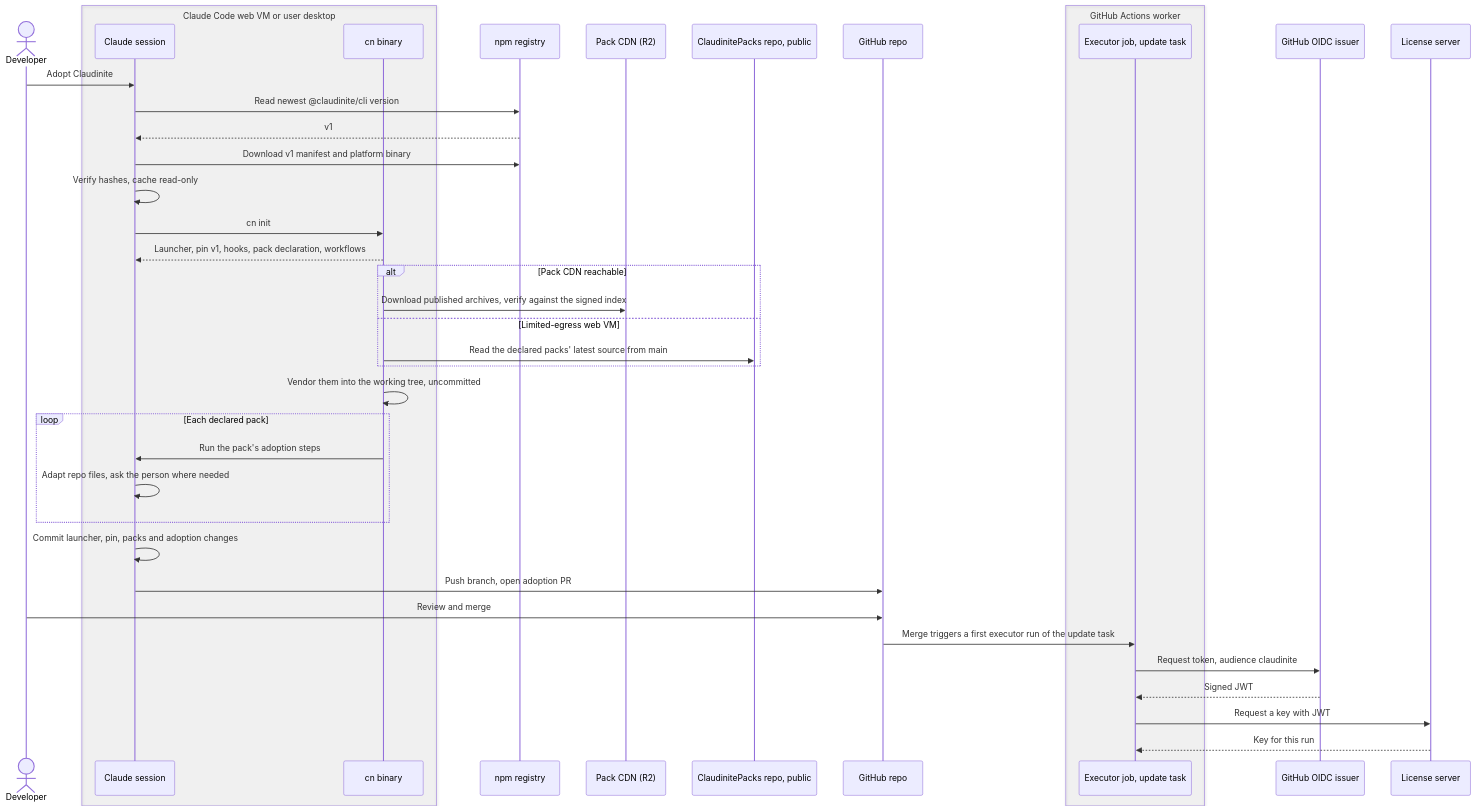
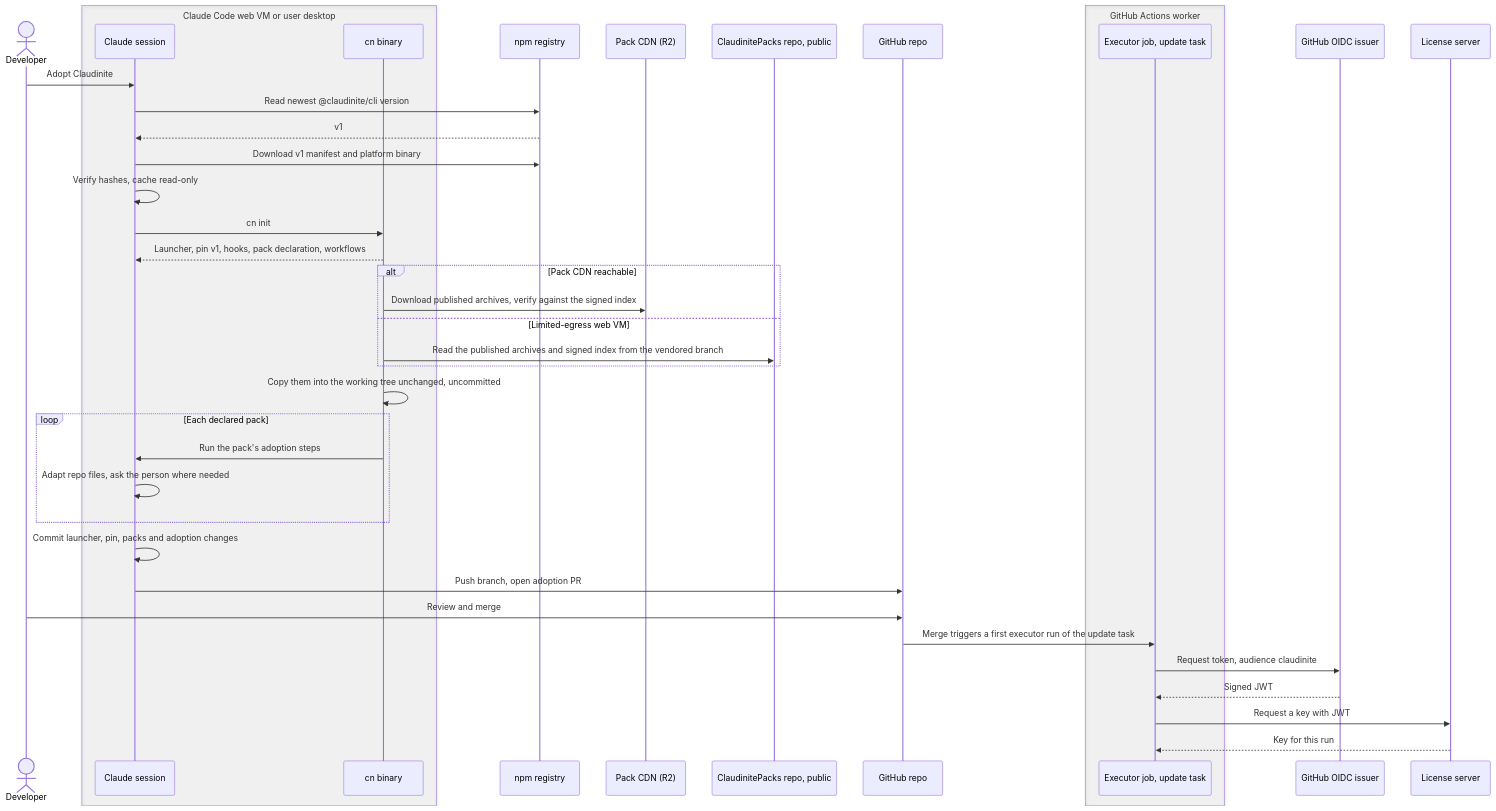
One commit to missingbulb/ClaudiniteEngine changed the second of 8 diagrams in docs/design.md. Above: the diagram before and after it, drawn with Mermaid. The commit also changed other lines of this file and 3 other files, not shown here.

````diff
--- a/docs/design.md
+++ b/docs/design.md
@@ -267,42 +269,42 @@
 ```mermaid
 sequenceDiagram
   actor Dev as Developer
   box rgba(128,128,128,0.08) Claude Code web VM or user desktop
     participant S as Claude session
     participant B as cn binary
   end
   participant NPM as npm registry
   participant R2 as Pack CDN (R2)
   participant GHR as ClaudinitePacks repo, public
   participant GH as GitHub repo
   box rgba(128,128,128,0.08) GitHub Actions worker
     participant U as Executor job, update task
   end
   participant OIDC as GitHub OIDC issuer
   participant LIC as License server
   Dev->>S: Adopt Claudinite
   S->>NPM: Read newest @claudinite/cli version
   NPM-->>S: v1
   S->>NPM: Download v1 manifest and platform binary
   S->>S: Verify hashes, cache read-only
   S->>B: cn init
   B-->>S: Launcher, pin v1, hooks, pack declaration, workflows
   alt Pack CDN reachable
     B->>R2: Download published archives, verify against the signed index
   else Limited-egress web VM
-    B->>GHR: Read the declared packs' latest source from main
+    B->>GHR: Read the published archives and signed index from the vendored branch
   end
-  B->>B: Vendor them into the working tree, uncommitted
+  B->>B: Copy them into the working tree unchanged, uncommitted
   loop Each declared pack
     B->>S: Run the pack's adoption steps
     S->>S: Adapt repo files, ask the person where needed
   end
   S->>S: Commit launcher, pin, packs and adoption changes
   S->>GH: Push branch, open adoption PR
   Dev->>GH: Review and merge
   GH->>U: Merge triggers a first executor run of the update task
   U->>OIDC: Request token, audience claudinite
   OIDC-->>U: Signed JWT
   U->>LIC: Request a key with JWT
   LIC-->>U: Key for this run
 ```
````
